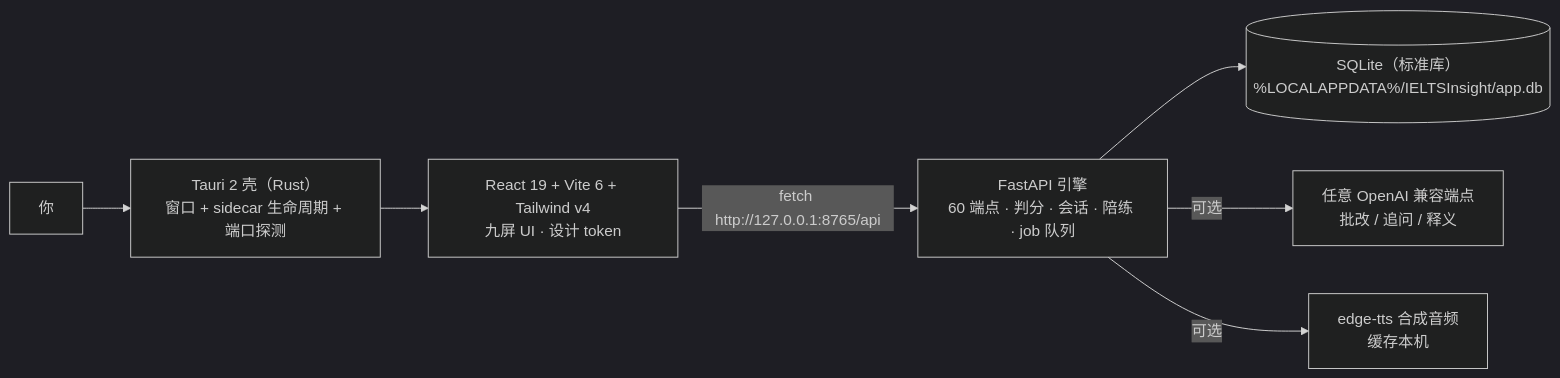
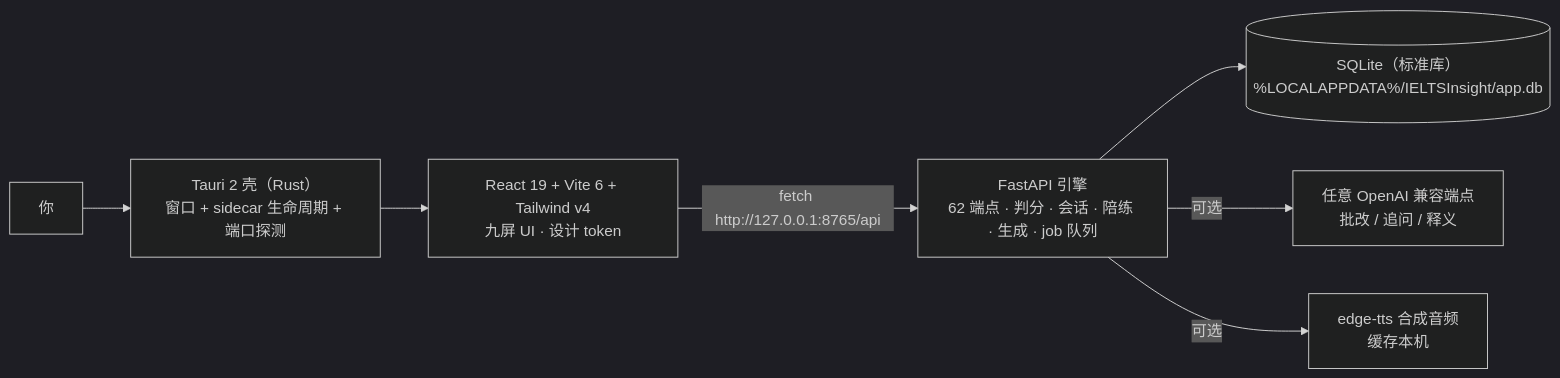
One commit to kedamano/IELTS-Insight changed the diagram in README.md. Above: the diagram before and after it, drawn with Mermaid (dark theme). The commit also changed other lines of this file and 20 other files, not shown here.

````diff
--- a/README.md
+++ b/README.md
@@ -139,9 +139,9 @@
 ```mermaid
 graph LR
   U["你"] --> W["Tauri 2 壳（Rust）<br/>窗口 + sidecar 生命周期 + 端口探测"]
   W --> F["React 19 + Vite 6 + Tailwind v4<br/>九屏 UI · 设计 token"]
-  F -->|"fetch http://127.0.0.1:8765/api"| B["FastAPI 引擎<br/>60 端点 · 判分 · 会话 · 陪练 · job 队列"]
+  F -->|"fetch http://127.0.0.1:8765/api"| B["FastAPI 引擎<br/>62 端点 · 判分 · 会话 · 陪练 · 生成 · job 队列"]
   B --> D[("SQLite（标准库）<br/>%LOCALAPPDATA%/IELTSInsight/app.db")]
   B -->|可选| L["任意 OpenAI 兼容端点<br/>批改 / 追问 / 释义"]
   B -->|可选| T["edge-tts 合成音频<br/>缓存本机"]
 ```
````
